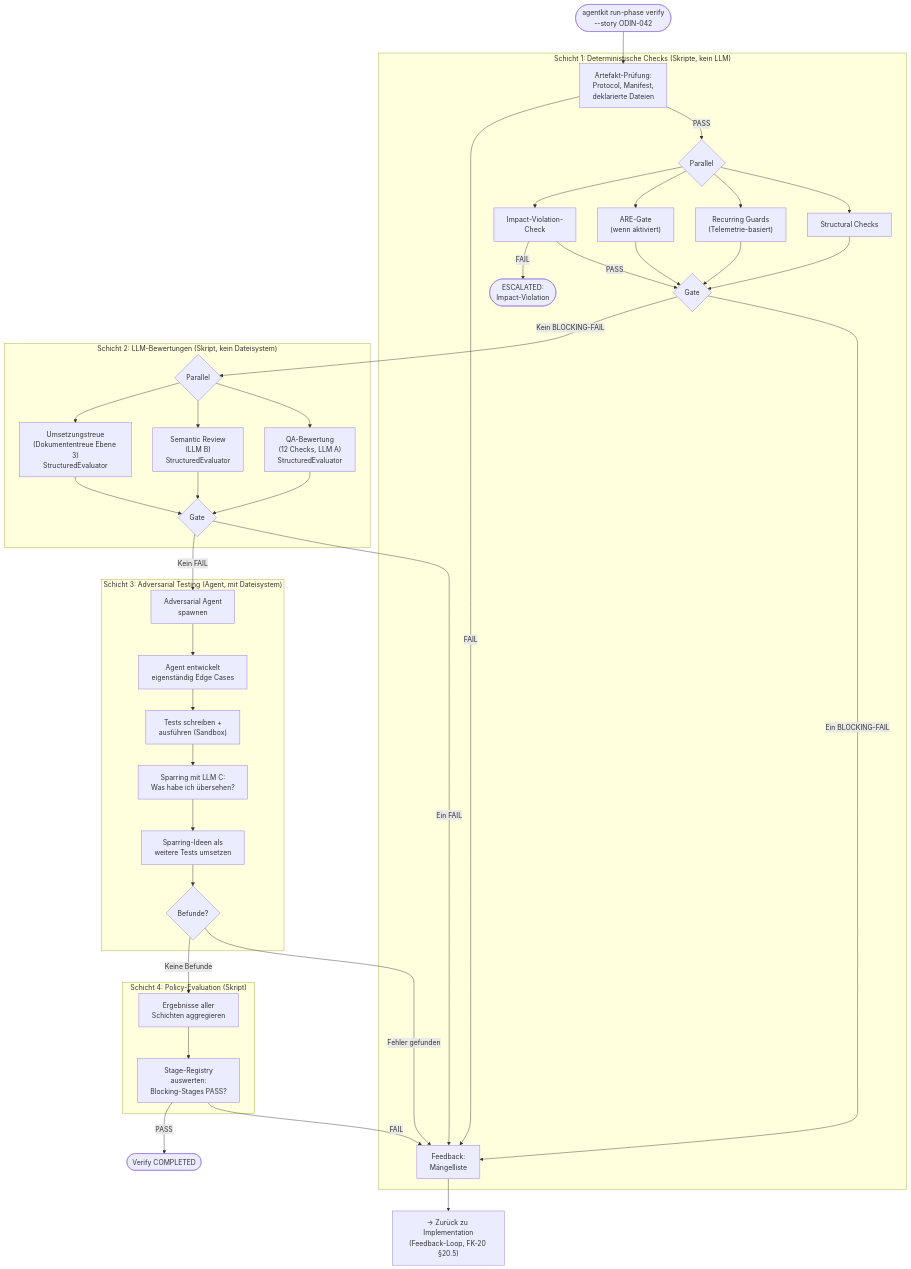
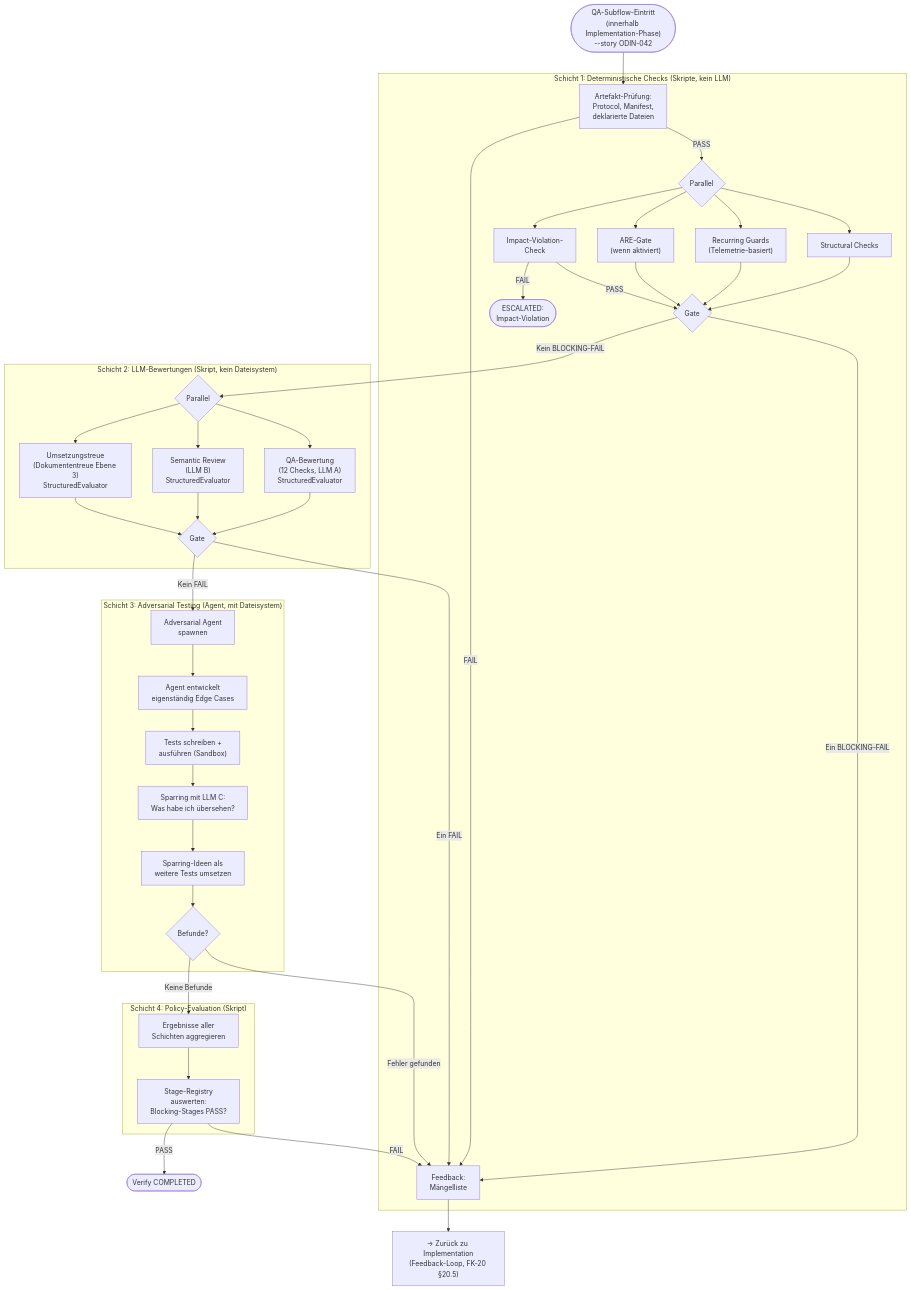
Before and after one commit to saltenhof/claude-agentkit3: the diagram in concept/technical-design/27_verify_pipeline_closure_orchestration.md, drawn with Mermaid. The commit also changed other lines of this file and 37 other files, not shown here.

First line of the commit message:
Concept wave: 4-phase pipeline (Verify as QA-subflow), Themen 1-3+5 eingearbeitet

````diff
--- a/concept/technical-design/27_verify_pipeline_closure_orchestration.md
+++ b/concept/technical-design/27_verify_pipeline_closure_orchestration.md
@@ -232,57 +248,57 @@
 ```mermaid
 flowchart TD
-    START(["agentkit run-phase verify<br/>--story ODIN-042"]) --> S1
+    START(["QA-Subflow-Eintritt<br/>(innerhalb Implementation-Phase)<br/>--story ODIN-042"]) --> S1
 
     subgraph SCHICHT_1 ["Schicht 1: Deterministische Checks (Skripte, kein LLM)"]
         S1["Artefakt-Prüfung:<br/>Protocol, Manifest,<br/>deklarierte Dateien"]
         S1 -->|PASS| S1P{Parallel}
         S1 -->|FAIL| FB
         S1P --> STRUCT["Structural Checks"]
         S1P --> RECUR["Recurring Guards<br/>(Telemetrie-basiert)"]
         S1P --> ARE_G["ARE-Gate<br/>(wenn aktiviert)"]
         S1P --> IMPACT["Impact-Violation-<br/>Check"]
         STRUCT --> S1G{Gate}
         RECUR --> S1G
         ARE_G --> S1G
         IMPACT -->|PASS| S1G
         IMPACT -->|FAIL| ESC_IV(["ESCALATED:<br/>Impact-Violation"])
     end
 
     S1G -->|"Ein BLOCKING-FAIL"| FB["Feedback:<br/>Mängelliste"]
     S1G -->|"Kein BLOCKING-FAIL"| S2
 
     subgraph SCHICHT_2 ["Schicht 2: LLM-Bewertungen (Skript, kein Dateisystem)"]
         S2{Parallel}
         S2 --> QA["QA-Bewertung<br/>(12 Checks, LLM A)<br/>StructuredEvaluator"]
         S2 --> SEM["Semantic Review<br/>(LLM B)<br/>StructuredEvaluator"]
         S2 --> UMSTR["Umsetzungstreue<br/>(Dokumententreue Ebene 3)<br/>StructuredEvaluator"]
         QA --> S2G{Gate}
         SEM --> S2G
         UMSTR --> S2G
     end
 
     S2G -->|"Ein FAIL"| FB
     S2G -->|"Kein FAIL"| S3
 
     subgraph SCHICHT_3 ["Schicht 3: Adversarial Testing (Agent, mit Dateisystem)"]
         S3["Adversarial Agent<br/>spawnen"]
         S3 --> S3_OWN["Agent entwickelt<br/>eigenständig Edge Cases"]
         S3_OWN --> S3_TEST1["Tests schreiben +<br/>ausführen (Sandbox)"]
         S3_TEST1 --> S3_SPAR["Sparring mit LLM C:<br/>Was habe ich übersehen?"]
         S3_SPAR --> S3_TEST2["Sparring-Ideen als<br/>weitere Tests umsetzen"]
         S3_TEST2 --> S3_RESULT{"Befunde?"}
     end
 
     S3_RESULT -->|"Fehler gefunden"| FB
     S3_RESULT -->|"Keine Befunde"| S4
 
     subgraph SCHICHT_4 ["Schicht 4: Policy-Evaluation (Skript)"]
         S4["Ergebnisse aller<br/>Schichten aggregieren"]
         S4 --> S4_EVAL["Stage-Registry<br/>auswerten:<br/>Blocking-Stages PASS?"]
     end
 
     S4_EVAL -->|FAIL| FB
     S4_EVAL -->|PASS| DONE(["Verify COMPLETED"])
 
     FB --> WORKER["→ Zurück zu Implementation<br/>(Feedback-Loop, FK-20 §20.5)"]
 ```
````
